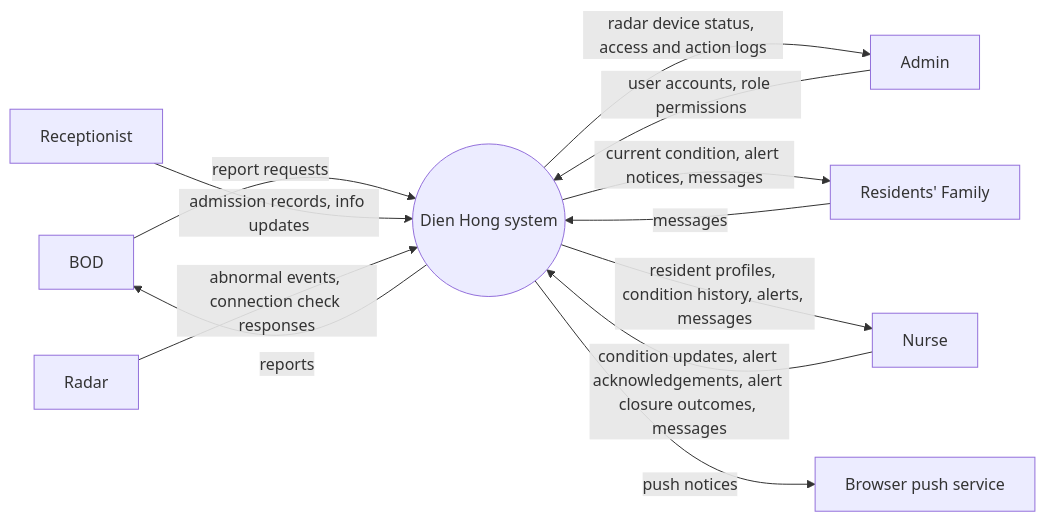
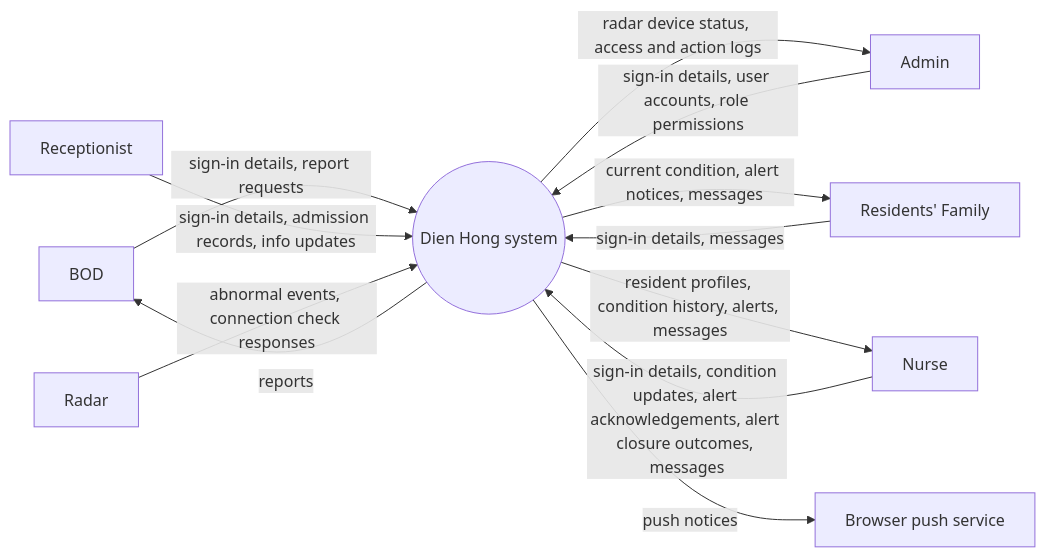
One commit to hatrang191/groupE-nursinghome changed the diagram in docs/context/context-diagram.md. Above: the diagram before and after it, drawn with Mermaid. The commit also changed other lines of this file, not shown here.

````diff
--- a/docs/context/context-diagram.md
+++ b/docs/context/context-diagram.md
@@ -13,29 +13,29 @@
 ```mermaid
 flowchart LR
   BOD["BOD"]
   REC["Receptionist"]
   ADM["Admin"]
   FAM["Residents' Family"]
   RAD["Radar"]
   NUR["Nurse"]
   PUSH["Browser push service"]
   DH(("Dien Hong system"))
 
-  BOD -->|"report requests"| DH
+  BOD -->|"sign-in details, report requests"| DH
   DH -->|"reports"| BOD
 
-  REC -->|"admission records, info updates"| DH
+  REC -->|"sign-in details, admission records, info updates"| DH
 
-  ADM -->|"user accounts, role permissions"| DH
+  ADM -->|"sign-in details, user accounts, role permissions"| DH
   DH -->|"radar device status, access and action logs"| ADM
 
-  FAM -->|"messages"| DH
+  FAM -->|"sign-in details, messages"| DH
   DH -->|"current condition, alert notices, messages"| FAM
 
   RAD -->|"abnormal events, connection check responses"| DH
 
-  NUR -->|"condition updates, alert acknowledgements, alert closure outcomes, messages"| DH
+  NUR -->|"sign-in details, condition updates, alert acknowledgements, alert closure outcomes, messages"| DH
   DH -->|"resident profiles, condition history, alerts, messages"| NUR
 
   DH -->|"push notices"| PUSH
 ```
````
